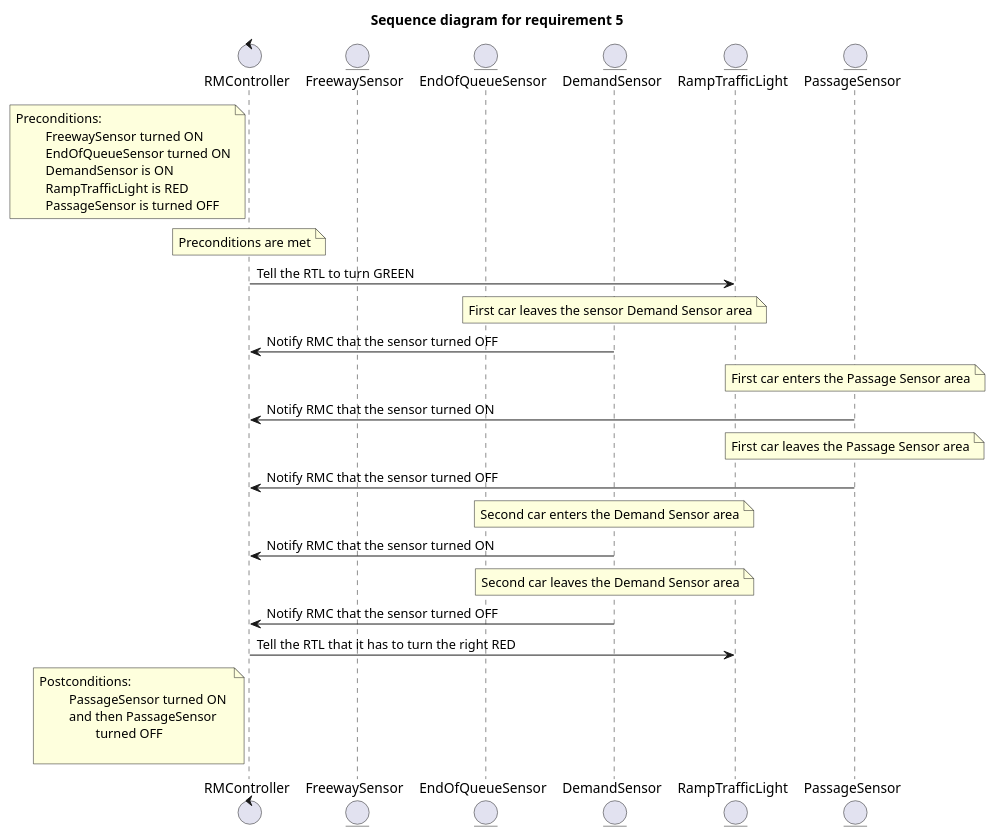
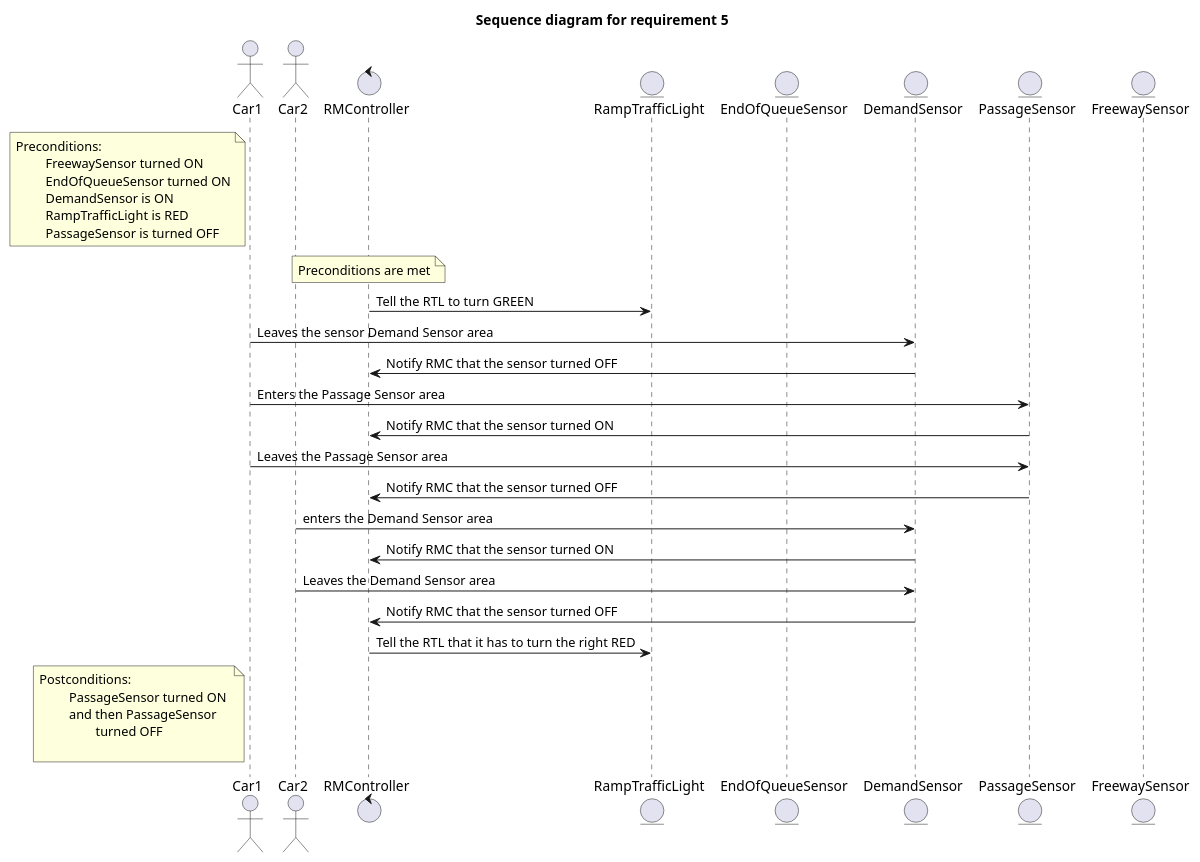
The diagram in 01_RequirementsChecking/sequence_diagram_req5.puml (MaksimKarnaukh/MoSIS), drawn with PlantUML before and after one commit.

Commit message:
seq 5 6 revamp

```diff
--- a/01_RequirementsChecking/sequence_diagram_req5.puml
+++ b/01_RequirementsChecking/sequence_diagram_req5.puml
@@ -1,45 +1,51 @@
 @startuml
 
 '5) When the FS is ON and the QS is ON,
 'if DS is turned ON, it indicates intense traffic over the ramp.
 'In this scenario, two cars must cross the TL before it turns RED.
 'Then, set TL to GREEN. After DS is OFF, ON and OFF (two cars),
 'turn TL to RED.
 
 title "Sequence diagram for requirement 5"
 
+actor Car1 as Car1
+actor Car2 as Car2
+
 control RMController as RMC
-entity FreewaySensor as FS
+entity RampTrafficLight as RTL
 entity EndOfQueueSensor as QS
 entity DemandSensor as DS
-entity RampTrafficLight as RTL
 entity PassageSensor as PS
+entity FreewaySensor as FS
 
-note left of RMC: Preconditions:\n\t FreewaySensor turned ON\n\t EndOfQueueSensor turned ON\n\t DemandSensor is ON\n\t RampTrafficLight is RED\n\t PassageSensor is turned OFF
+
+
+note left of Car1: Preconditions:\n\t FreewaySensor turned ON\n\t EndOfQueueSensor turned ON\n\t DemandSensor is ON\n\t RampTrafficLight is RED\n\t PassageSensor is turned OFF
 
 'below commented lines not explicitly needed because they are part of the preconditions
 'FS -> RMC: on
 'QS -> RMC: on
 'DS -> RMC: on
 
 note over RMC: Preconditions are met
 RMC -> RTL: Tell the RTL to turn GREEN
 
-note over DS: First car leaves the sensor Demand Sensor area
+
+Car1 -> DS: Leaves the sensor Demand Sensor area
 DS -> RMC: Notify RMC that the sensor turned OFF
 
-note over PS: First car enters the Passage Sensor area
+Car1 -> PS: Enters the Passage Sensor area
 PS -> RMC: Notify RMC that the sensor turned ON
-note over PS: First car leaves the Passage Sensor area
+Car1 -> PS: Leaves the Passage Sensor area
 PS -> RMC: Notify RMC that the sensor turned OFF
 
-note over DS: Second car enters the Demand Sensor area
+Car2 -> DS: enters the Demand Sensor area
 DS -> RMC: Notify RMC that the sensor turned ON
-note over DS: Second car leaves the Demand Sensor area
+Car2 -> DS: Leaves the Demand Sensor area
 DS -> RMC: Notify RMC that the sensor turned OFF
 
 RMC -> RTL: Tell the RTL that it has to turn the right RED
 
-note left of RMC: Postconditions:\n\t PassageSensor turned ON \n\t and then PassageSensor \n\t\t turned OFF\n\t
+note left of Car1: Postconditions:\n\t PassageSensor turned ON \n\t and then PassageSensor \n\t\t turned OFF\n\t
 
 @enduml
```
